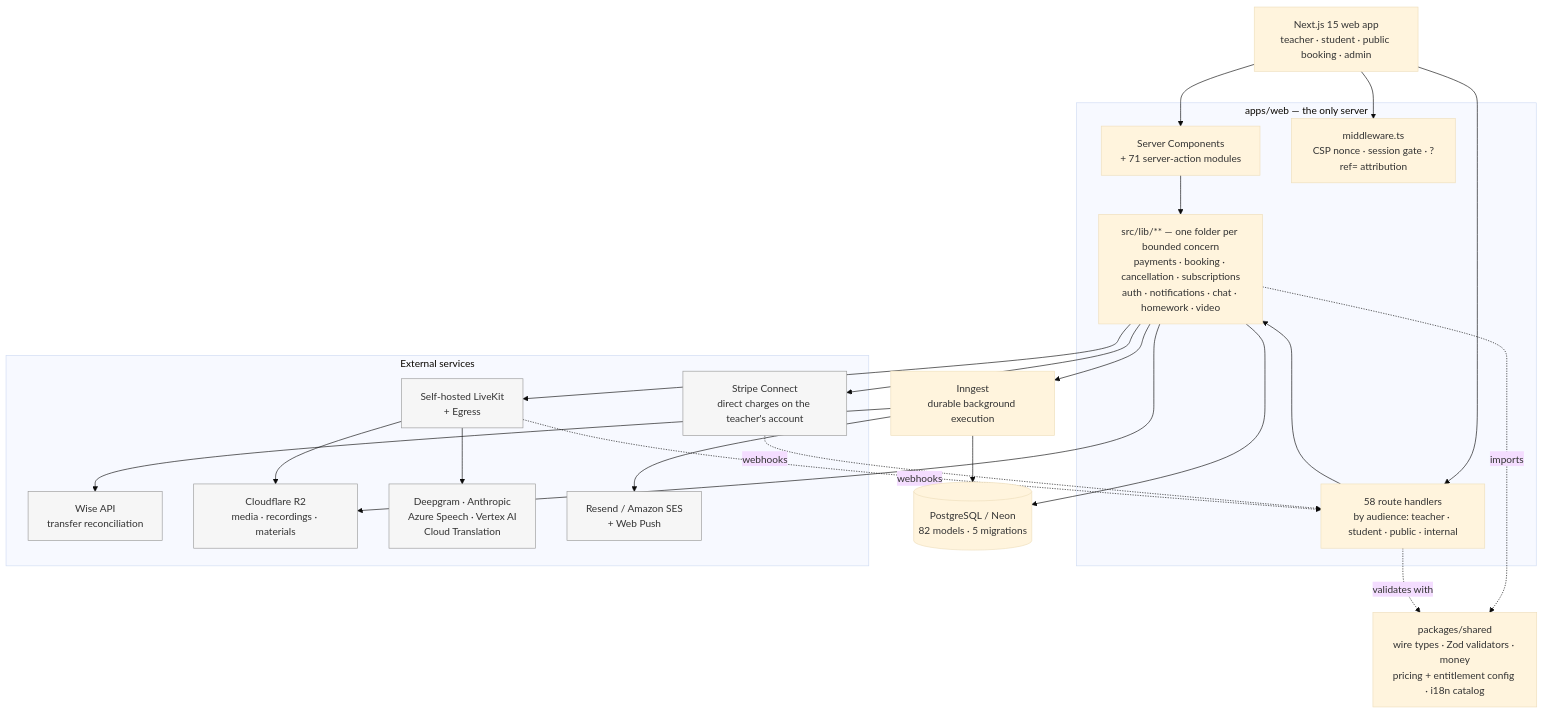
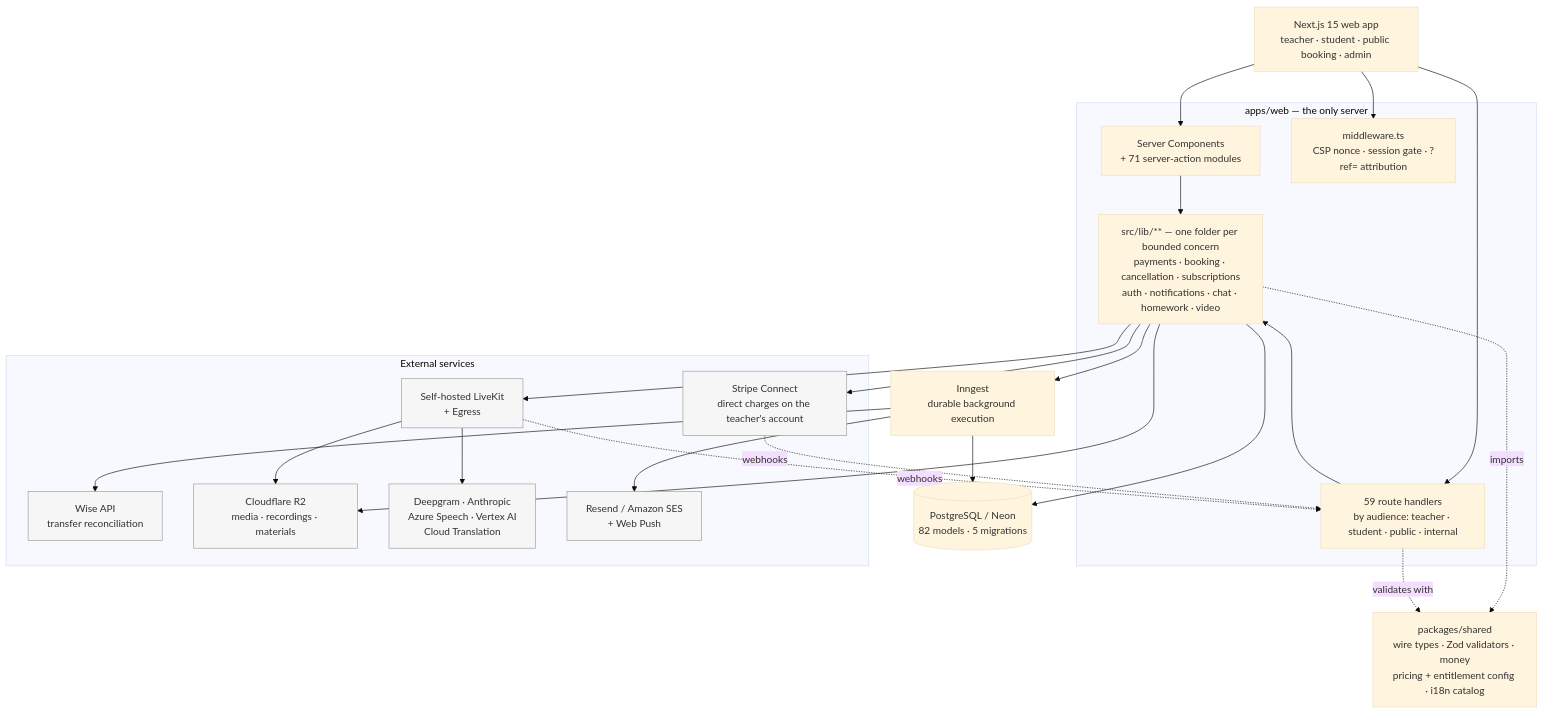
The first of 2 diagrams in README.md (jaystewartuk/spiralclass), drawn with Mermaid (base theme) before and after one commit. The commit also changed 38 other files, not shown here.

````diff
--- a/README.md
+++ b/README.md
@@ -131,48 +131,48 @@
 ```mermaid
 graph TB
     WEB["Next.js 15 web app<br/>teacher · student · public booking · admin"]
 
     subgraph app["apps/web — the only server"]
         RSC["Server Components<br/>+ 71 server-action modules"]
-        API["58 route handlers<br/>by audience: teacher · student · public · internal"]
+        API["59 route handlers<br/>by audience: teacher · student · public · internal"]
         MW["middleware.ts<br/>CSP nonce · session gate · ?ref= attribution"]
         LIB["src/lib/** — one folder per bounded concern<br/>payments · booking · cancellation · subscriptions<br/>auth · notifications · chat · homework · video"]
     end
 
     SH["packages/shared<br/>wire types · Zod validators · money<br/>pricing + entitlement config · i18n catalog"]
 
     DB[("PostgreSQL / Neon<br/>82 models · 5 migrations")]
     JOBS["Inngest<br/>durable background execution"]
 
     subgraph external["External services"]
         STRIPE["Stripe Connect<br/>direct charges on the teacher's account"]
         WISE["Wise API<br/>transfer reconciliation"]
         LK["Self-hosted LiveKit<br/>+ Egress"]
         R2["Cloudflare R2<br/>media · recordings · materials"]
         AI["Deepgram · Anthropic<br/>Azure Speech · Vertex AI<br/>Cloud Translation"]
         MAIL["Resend / Amazon SES<br/>+ Web Push"]
     end
 
     WEB --> MW
     WEB --> RSC
     WEB --> API
     RSC --> LIB
     API --> LIB
     LIB --> DB
     LIB --> JOBS
     JOBS --> DB
     JOBS --> MAIL
     LIB --> STRIPE
     JOBS --> WISE
     LIB --> LK
     LK --> R2
     LK --> AI
     LIB --> R2
     LIB -.imports.-> SH
     API -.validates with.-> SH
     STRIPE -.webhooks.-> API
     LK -.webhooks.-> API
 
     classDef ext fill:#f6f6f6,stroke:#999,color:#333
     class STRIPE,WISE,LK,R2,AI,MAIL ext
 ```
````
